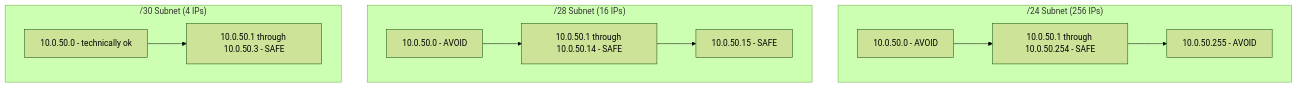
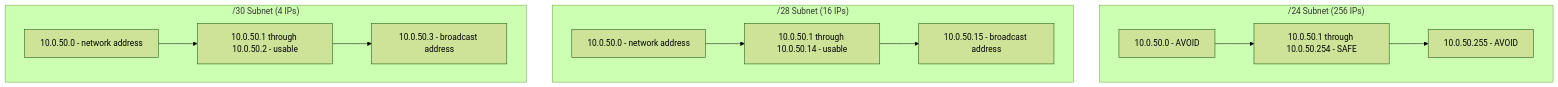
Before and after one commit to OneUptime/blog: the second of 2 diagrams in posts/2026-02-20-metallb-avoid-buggy-ips/README.md, drawn with Mermaid (forest theme). The commit also changed other lines of this file and 2 other files, not shown here.

Commit message:
validate: 2026-02-20-metallb-avoid-buggy-ips

````diff
--- a/posts/2026-02-20-metallb-avoid-buggy-ips/README.md
+++ b/posts/2026-02-20-metallb-avoid-buggy-ips/README.md
@@ -133,14 +153,15 @@
 ```mermaid
 graph TD
     subgraph "/24 Subnet (256 IPs)"
         A["10.0.50.0 - AVOID"] --> B["10.0.50.1 through 10.0.50.254 - SAFE"]
         B --> C["10.0.50.255 - AVOID"]
     end
     subgraph "/28 Subnet (16 IPs)"
-        D["10.0.50.0 - AVOID"] --> E["10.0.50.1 through 10.0.50.14 - SAFE"]
-        E --> F["10.0.50.15 - SAFE"]
+        D["10.0.50.0 - network address"] --> E["10.0.50.1 through 10.0.50.14 - usable"]
+        E --> F["10.0.50.15 - broadcast address"]
     end
     subgraph "/30 Subnet (4 IPs)"
-        G["10.0.50.0 - technically ok"] --> H["10.0.50.1 through 10.0.50.3 - SAFE"]
+        G["10.0.50.0 - network address"] --> H["10.0.50.1 through 10.0.50.2 - usable"]
+        H --> I["10.0.50.3 - broadcast address"]
     end
 ```
````
